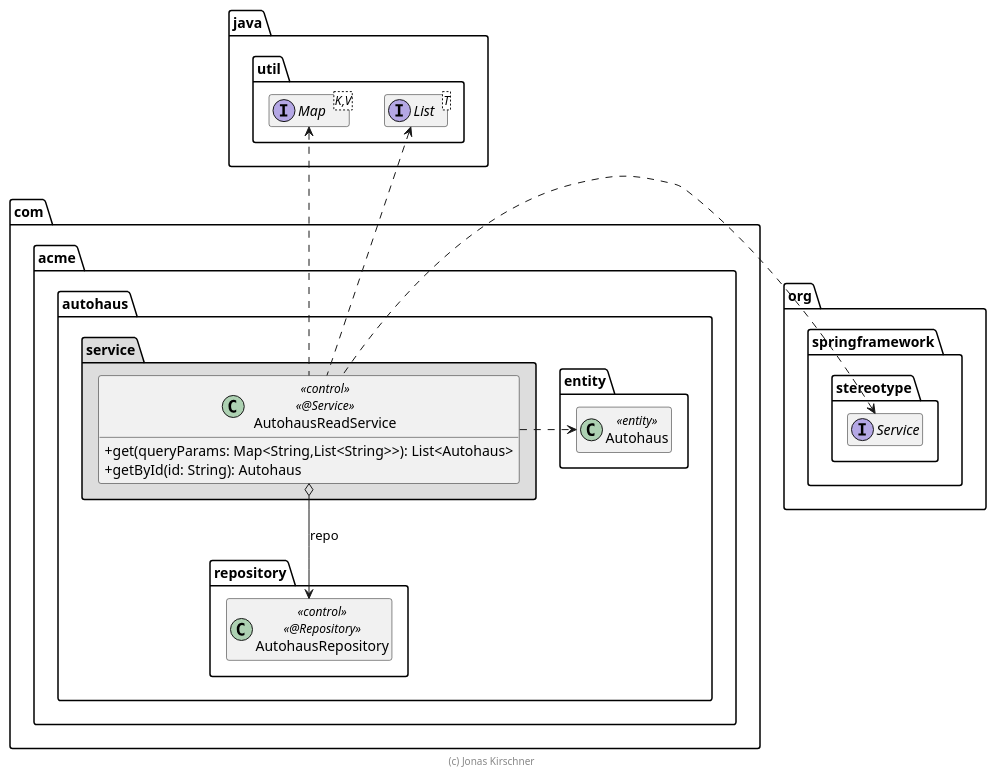
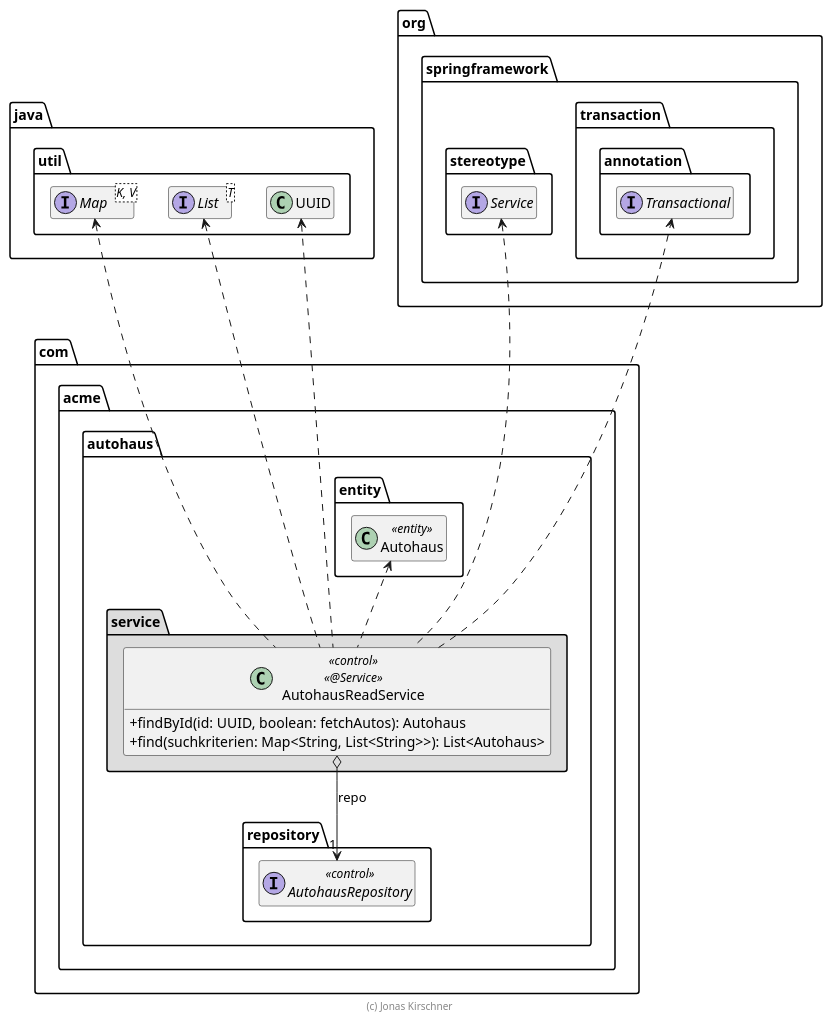
The diagram in extras/doc/AutohausReadService.plantuml (JBones35/AutohausJavaSwa), drawn with PlantUML before and after one commit. The commit also changed 21 other files, not shown here.

```diff
--- a/extras/doc/AutohausReadService.plantuml
+++ b/extras/doc/AutohausReadService.plantuml
@@ -1,43 +1,54 @@
 @startuml AutohausReadService
 
 skinparam classAttributeIconSize 0
 
-package org.springframework.stereotype {
-    interface Service
+package java.util {
+    interface List<T>
+    interface Map<K, V>
+    class UUID
 }
 
-package java.util {
-    interface List<T>
-    interface Map<K,V>
+package org.springframework {
+    package stereotype {
+        interface Service
+    }
+
+    package transaction.annotation {
+        interface Transactional
+    }
 }
 
 package com.acme.autohaus {
     package entity {
         class Autohaus << entity >>
 
-        Autohaus .up[hidden].> List
+        Autohaus .up[hidden].> UUID
+        Autohaus .up[hidden].> Service
+        Autohaus .up[hidden].> Transactional
     }
 
     package repository {
-        class AutohausRepository << control >> << @Repository >>
+        interface AutohausRepository << control >>
     }
 
     package service #DDDDDD {
         class AutohausReadService << control >> << @Service >> {
-            + get(queryParams: Map<String,List<String>>): List<Autohaus>
-            + getById(id: String): Autohaus
+            + findById(id: UUID, boolean: fetchAutos): Autohaus
+            + find(suchkriterien: Map<String, List<String>>): List<Autohaus>
         }
 
-        AutohausReadService o--> AutohausRepository : repo
-        AutohausReadService .right.> Autohaus
-        AutohausReadService .up> Service
-        AutohausReadService .up> List
+        AutohausReadService o--> "1" AutohausRepository : repo
+        AutohausReadService .up.> Autohaus
+        AutohausReadService .up.> UUID
+        AutohausReadService .up.> List
         AutohausReadService .up.> Map
+        AutohausReadService .up.> Service
+        AutohausReadService ..> Transactional
     }
 }
 
 hide empty members
 
 footer (c) Jonas Kirschner
 
 @enduml
```
